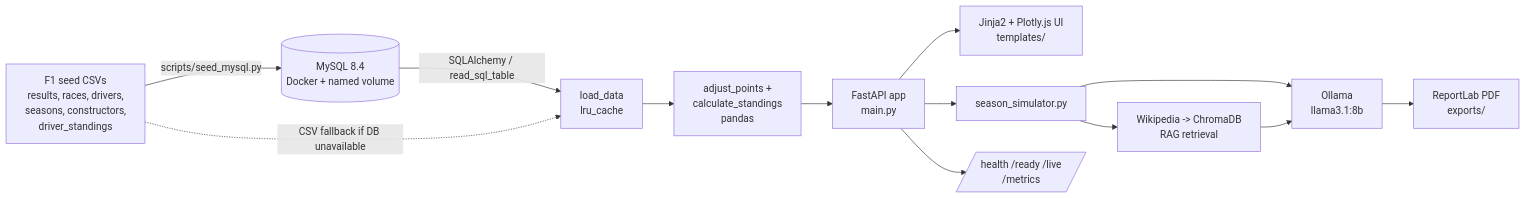
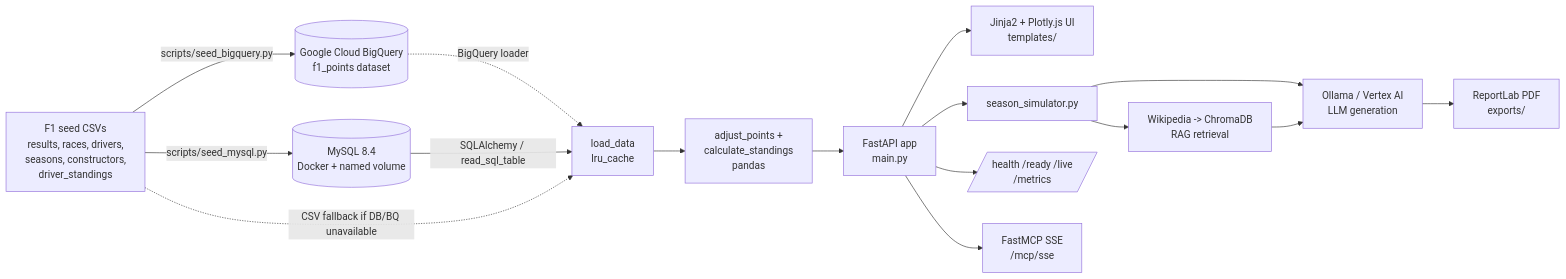
Before and after one commit to thompgt/F1_points_application: the diagram in README.md, drawn with Mermaid. The commit also changed other lines of this file and 6 other files, not shown here.

Commit message:
feat: migrate database to BigQuery with clustered schemas, ETL seeder, and multi-tier app fallback

````diff
--- a/README.md
+++ b/README.md
@@ -119,16 +119,19 @@
 ```mermaid
 flowchart LR
     A[F1 seed CSVs<br/>results, races, drivers,<br/>seasons, constructors,<br/>driver_standings]
+    A -- scripts/seed_bigquery.py --> BQ[(Google Cloud BigQuery<br/>f1_points dataset)]
     A -- scripts/seed_mysql.py --> B[(MySQL 8.4<br/>Docker + named volume)]
-    B -- SQLAlchemy / read_sql_table --> C[load_data<br/>lru_cache]
-    A -. CSV fallback if DB unavailable .-> C
+    BQ -. BigQuery loader .-> C[load_data<br/>lru_cache]
+    B -- SQLAlchemy / read_sql_table --> C
+    A -. CSV fallback if DB/BQ unavailable .-> C
     C --> D[adjust_points +<br/>calculate_standings<br/>pandas]
     D --> E[FastAPI app<br/>main.py]
     E --> F[Jinja2 + Plotly.js UI<br/>templates/]
     E --> G[season_simulator.py]
     G --> H[Wikipedia -> ChromaDB<br/>RAG retrieval]
-    G --> I[Ollama<br/>llama3.1:8b]
+    G --> I[Ollama / Vertex AI<br/>LLM generation]
     H --> I
     I --> J[ReportLab PDF<br/>exports/]
     E --> K[/health /ready /live<br/>/metrics/]
+    E --> L[FastMCP SSE<br/>/mcp/sse]
 ```
````
